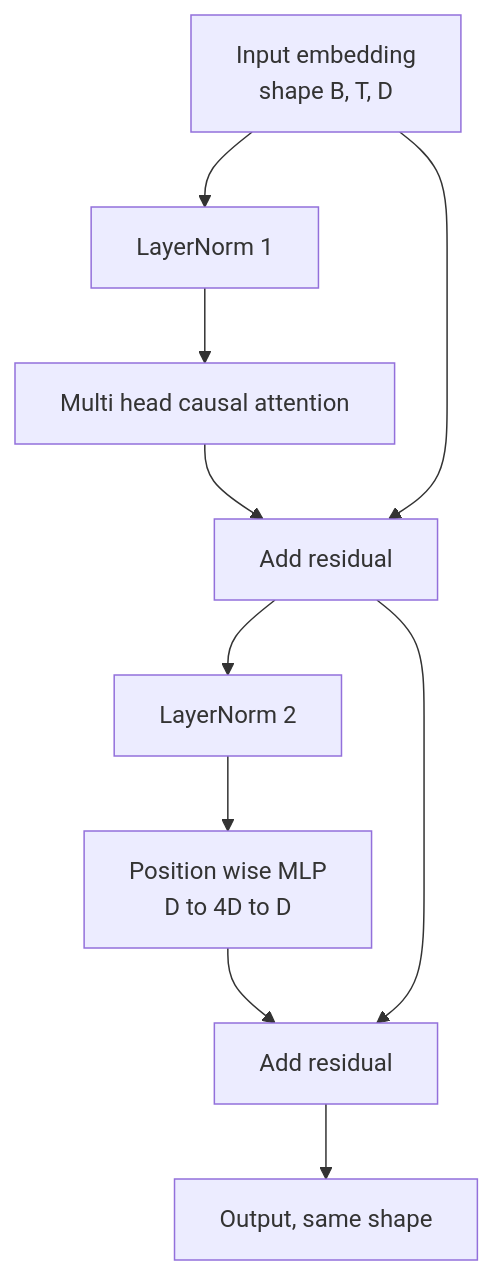
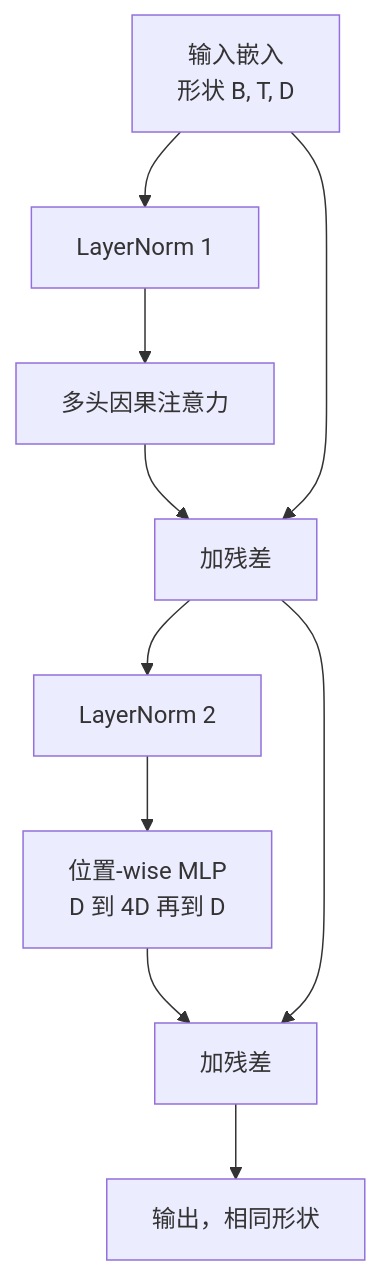
Before and after one commit to guangningsun/ailearning: the first of 2 diagrams in lessons/19-capstone-projects/34-transformer-block/docs/zh.md, drawn with Mermaid. The commit also changed other lines of this file and 85 other files, not shown here.

````diff
--- a/lessons/19-capstone-projects/34-transformer-block/docs/zh.md
+++ b/lessons/19-capstone-projects/34-transformer-block/docs/zh.md
@@ -28,12 +28,12 @@
 ```mermaid
 flowchart TB
-  X[Input embedding<br/>shape B, T, D] --> N1[LayerNorm 1]
-  N1 --> MHA[Multi head causal attention]
-  MHA --> R1[Add residual]
+  X[输入嵌入<br/>形状 B, T, D] --> N1[LayerNorm 1]
+  N1 --> MHA[多头因果注意力]
+  MHA --> R1[加残差]
   X --> R1
   R1 --> N2[LayerNorm 2]
-  N2 --> MLP[Position wise MLP<br/>D to 4D to D]
-  MLP --> R2[Add residual]
+  N2 --> MLP[位置-wise MLP<br/>D 到 4D 再到 D]
+  MLP --> R2[加残差]
   R1 --> R2
-  R2 --> Y[Output, same shape]
+  R2 --> Y[输出，相同形状]
 ```
````
